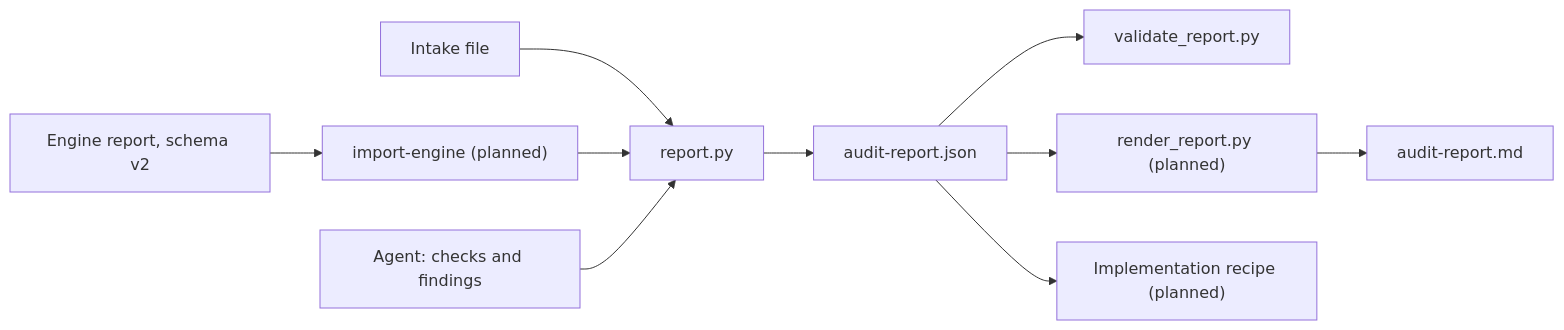
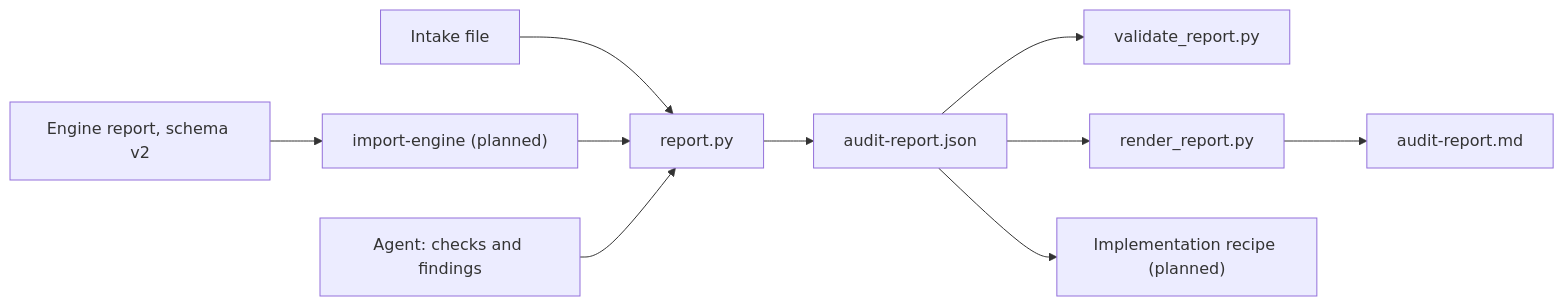
Before and after one commit to Nistapp/codebase-agentic-readiness-framework: the diagram in brownfield-recipes/docs/architecture/contributor-deep-dive/02-report-schema.md, drawn with Mermaid. The commit also changed other lines of this file and 10 other files, not shown here.

````diff
--- a/brownfield-recipes/docs/architecture/contributor-deep-dive/02-report-schema.md
+++ b/brownfield-recipes/docs/architecture/contributor-deep-dive/02-report-schema.md
@@ -17,10 +17,10 @@
 ```mermaid
 flowchart LR
     Intake["Intake file"] --> Builder["report.py"]
     Engine["Engine report, schema v2"] --> Adapter["import-engine (planned)"] --> Builder
     Agent["Agent: checks and findings"] --> Builder
     Builder --> Report["audit-report.json"]
     Report --> Validator["validate_report.py"]
-    Report --> Renderer["render_report.py (planned)"] --> Markdown["audit-report.md"]
+    Report --> Renderer["render_report.py"] --> Markdown["audit-report.md"]
     Report --> Implement["Implementation recipe (planned)"]
 ```
````
